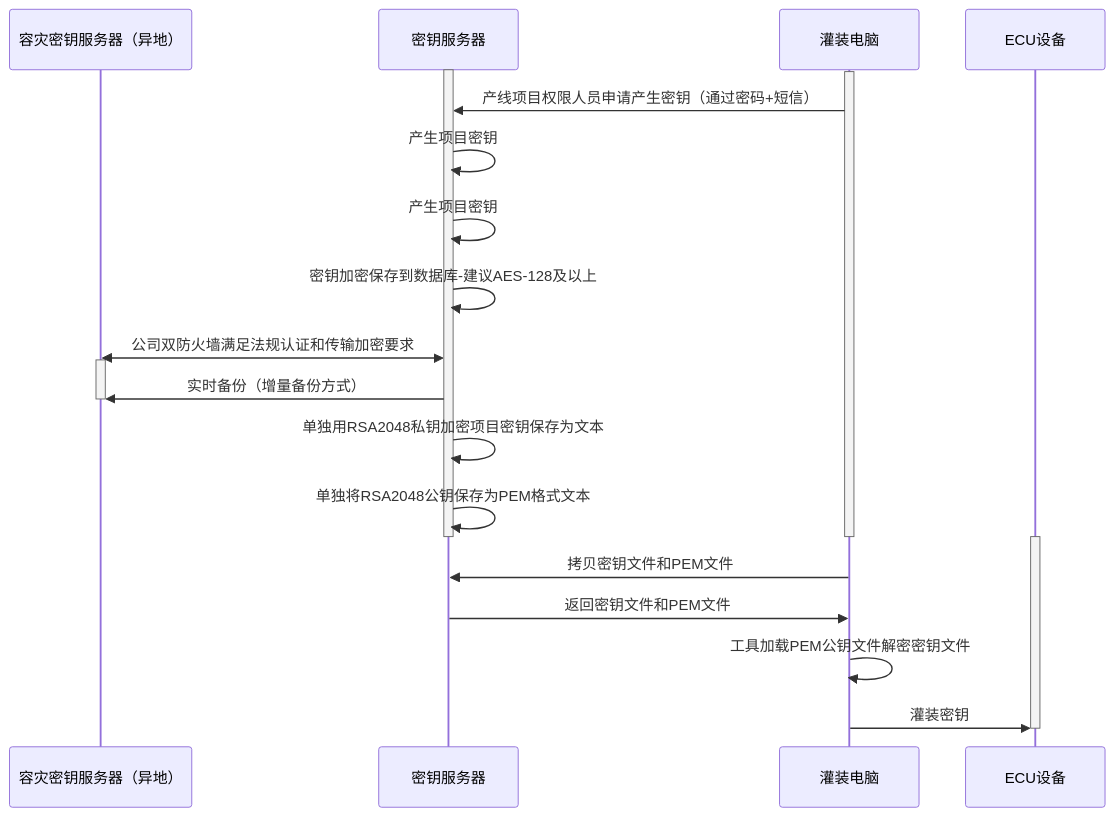
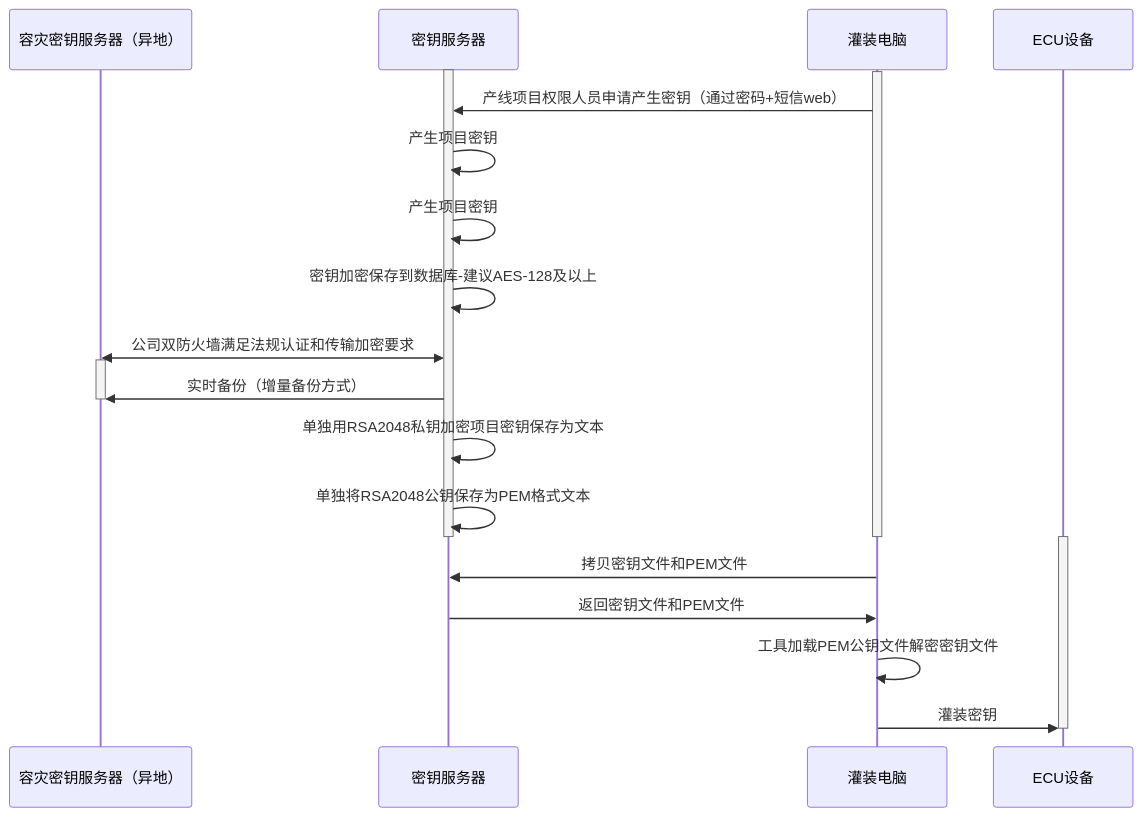
Before and after one commit to facebook-cloud/iodraw-files: the diagram in all/未命名-15.md, drawn with Mermaid.

Commit message:
2026-02-11 19:24:49 update

````diff
--- a/all/未命名-15.md
+++ b/all/未命名-15.md
@@ -1,31 +1,31 @@
 ```mermaid
 sequenceDiagram
     participant A as 容灾密钥服务器（异地）
     participant B as 密钥服务器
     participant D as 灌装电脑
     participant E as ECU设备
 
     activate B
     activate D
-    D->>B: 产线项目权限人员申请产生密钥（通过密码+短信）
+    D->>B: 产线项目权限人员申请产生密钥（通过密码+短信web）
     B->>B: 产生项目密钥
     B->>B: 产生项目密钥
     B->>B: 密钥加密保存到数据库-建议AES-128及以上
     A<<->>B: 公司双防火墙满足法规认证和传输加密要求
 
     activate A
     B->>A: 实时备份（增量备份方式）
     deactivate A
     B->>B: 单独用RSA2048私钥加密项目密钥保存为文本
     B->>B: 单独将RSA2048公钥保存为PEM格式文本
     deactivate B
     deactivate D
 
     activate E
     D->>B: 拷贝密钥文件和PEM文件
     B->>D: 返回密钥文件和PEM文件
     D->>D:工具加载PEM公钥文件解密密钥文件
     D->>E: 灌装密钥
     deactivate E
 
 ```
````
